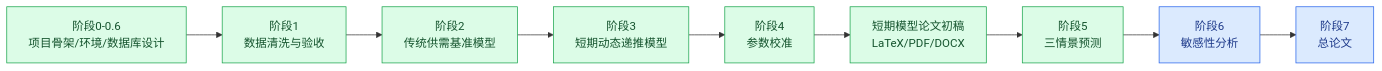
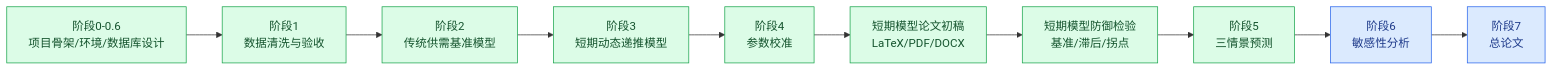
Before and after one commit to Timcai06/-A-: the diagram in STATUS.md, drawn with Mermaid. The commit also changed other lines of this file and 17 other files, not shown here.

````diff
--- a/STATUS.md
+++ b/STATUS.md
@@ -9,24 +9,26 @@
 ```mermaid
 flowchart LR
     S0["阶段0-0.6<br/>项目骨架/环境/数据库设计"] --> S1["阶段1<br/>数据清洗与验收"]
     S1 --> S2["阶段2<br/>传统供需基准模型"]
     S2 --> S3["阶段3<br/>短期动态递推模型"]
     S3 --> S4["阶段4<br/>参数校准"]
     S4 --> P0["短期模型论文初稿<br/>LaTeX/PDF/DOCX"]
-    P0 --> S5["阶段5<br/>三情景预测"]
+    P0 --> D0["短期模型防御检验<br/>基准/滞后/拐点"]
+    D0 --> S5["阶段5<br/>三情景预测"]
     S5 --> S6["阶段6<br/>敏感性分析"]
     S6 --> S7["阶段7<br/>总论文"]
 
     S0:::done
     S1:::done
     S2:::done
     S3:::done
     S4:::done
     P0:::done
+    D0:::done
     S5:::done
     S6:::next
     S7:::next
 
     classDef done fill:#dcfce7,stroke:#16a34a,color:#14532d
     classDef next fill:#dbeafe,stroke:#2563eb,color:#1e3a8a
 ```
````
